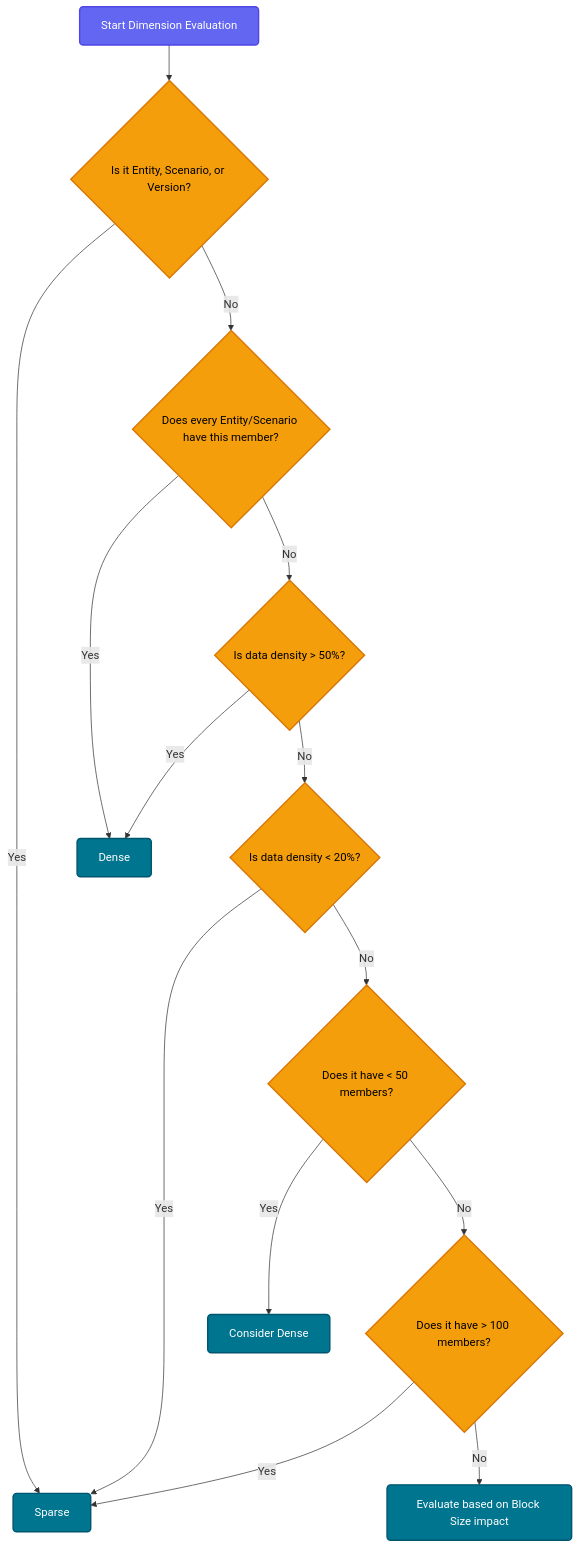
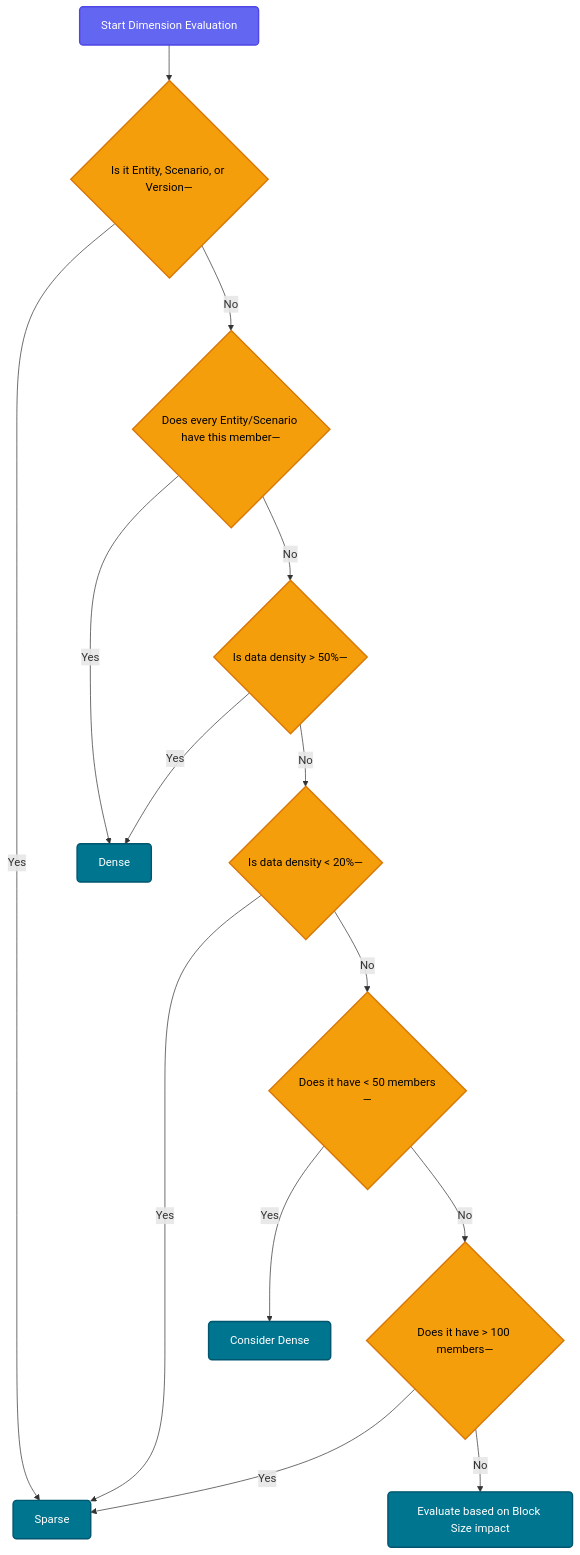
Before and after one commit to Bhargav-khetiya/Oracle-EPM: the first of 3 diagrams in Oracle_EPM_Source_Archive/01_Foundation_and_Overview/01.14_Design_Best_Practices_Oracle_Reference.md, drawn with Mermaid. The commit also changed other lines of this file and 1308 other files, not shown here.

````diff
--- a/Oracle_EPM_Source_Archive/01_Foundation_and_Overview/01.14_Design_Best_Practices_Oracle_Reference.md
+++ b/Oracle_EPM_Source_Archive/01_Foundation_and_Overview/01.14_Design_Best_Practices_Oracle_Reference.md
@@ -32,20 +32,20 @@
 ```mermaid
 flowchart TD
     classDef decision fill:#f59e0b,stroke:#d97706,stroke-width:2px,color:#000,rx:5px,ry:5px;
     classDef result fill:#00758f,stroke:#00556f,stroke-width:2px,color:#fff,rx:5px,ry:5px;
     classDef start fill:#6366f1,stroke:#4f46e5,stroke-width:2px,color:#fff,rx:5px,ry:5px;
 
-    Start[Start Dimension Evaluation]:::start --> IsESV{Is it Entity, Scenario, or Version?}:::decision
+    Start[Start Dimension Evaluation]:::start --> IsESV{Is it Entity, Scenario, or Version—}:::decision
     IsESV -->|Yes| Sparse[Sparse]:::result
-    IsESV -->|No| Q1{Does every Entity/Scenario have this member?}:::decision
+    IsESV -->|No| Q1{Does every Entity/Scenario have this member—}:::decision
     Q1 -->|Yes| Dense[Dense]:::result
-    Q1 -->|No| Q2{Is data density > 50%?}:::decision
+    Q1 -->|No| Q2{Is data density > 50%—}:::decision
     Q2 -->|Yes| Dense
-    Q2 -->|No| Q3{Is data density < 20%?}:::decision
+    Q2 -->|No| Q3{Is data density < 20%—}:::decision
     Q3 -->|Yes| Sparse
-    Q3 -->|No| Q4{Does it have < 50 members?}:::decision
+    Q3 -->|No| Q4{Does it have < 50 members—}:::decision
     Q4 -->|Yes| ConsiderDense[Consider Dense]:::result
-    Q4 -->|No| Q5{Does it have > 100 members?}:::decision
+    Q4 -->|No| Q5{Does it have > 100 members—}:::decision
     Q5 -->|Yes| Sparse
     Q5 -->|No| Evaluate[Evaluate based on Block Size impact]:::result
 ```
````
